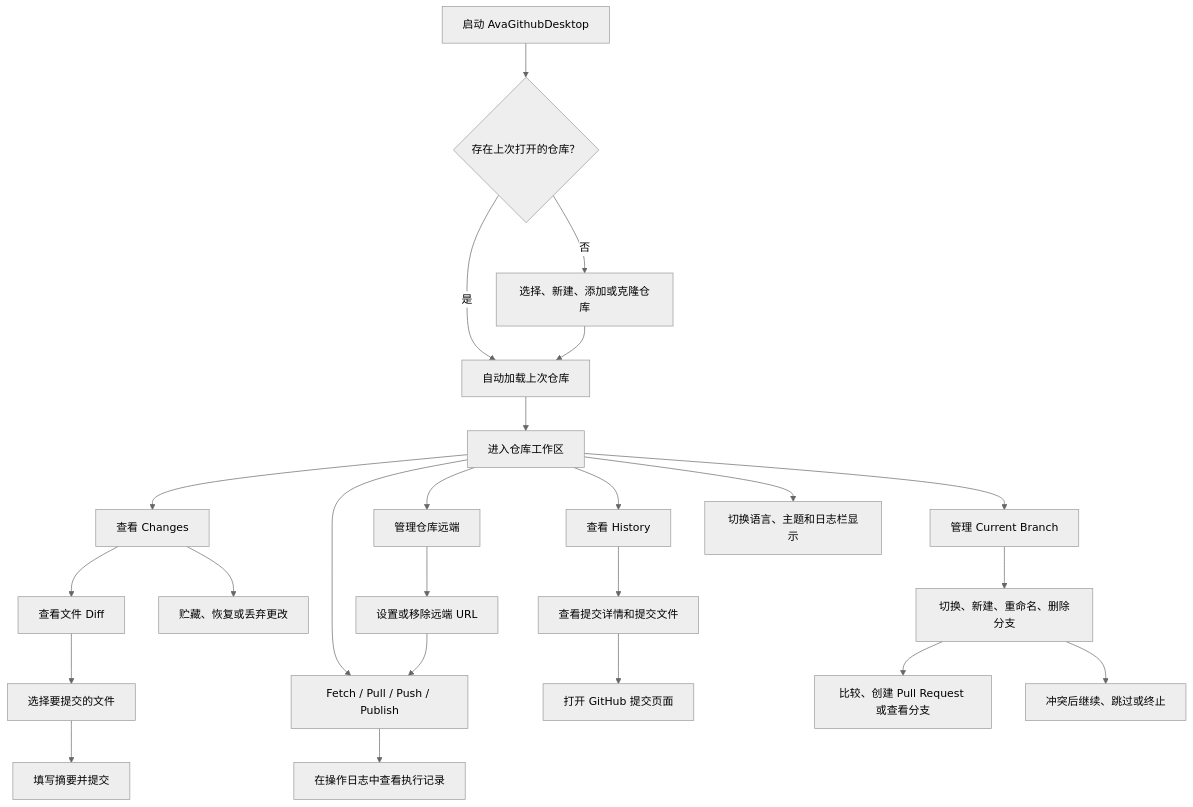
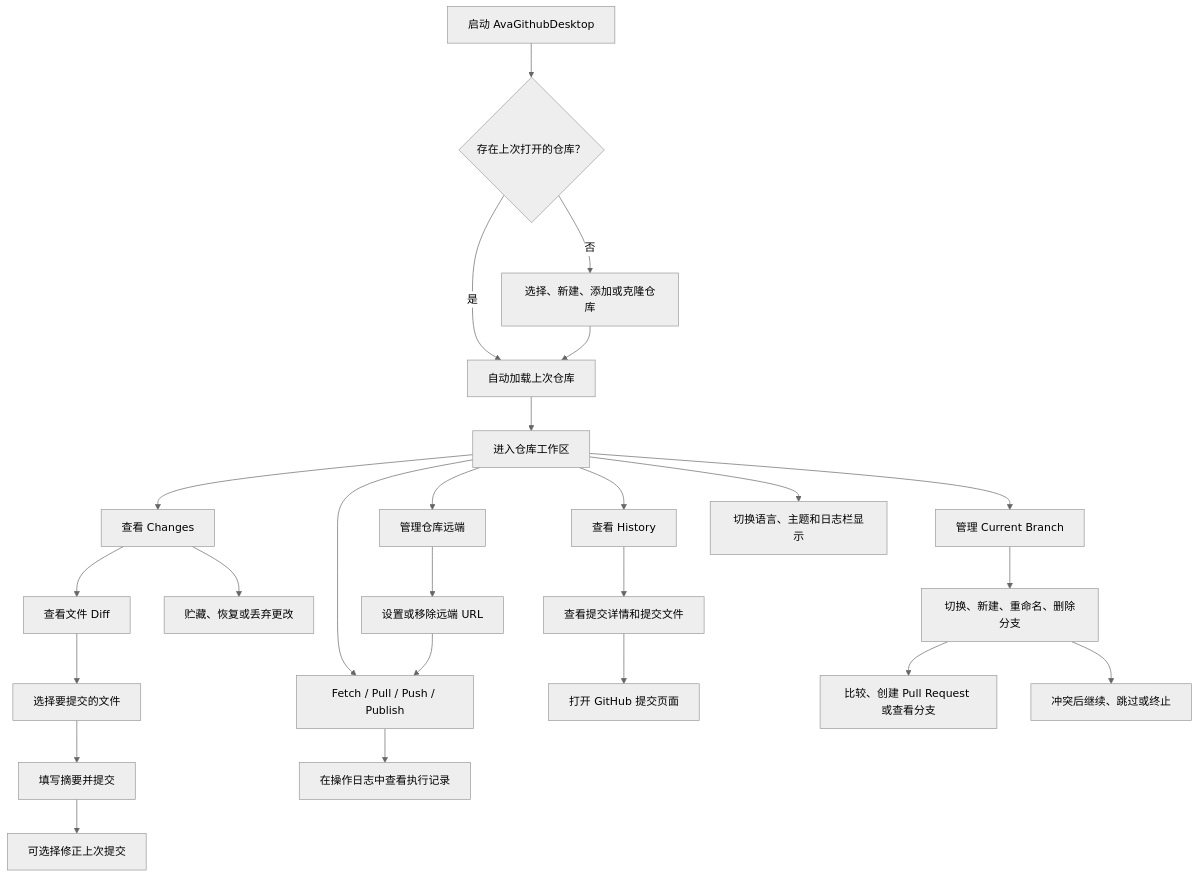
The diagram in docs/AvaGithubDesktop需求文档.md (dotnet9/AvaGithubDesktop), drawn with Mermaid (neutral theme) before and after one commit. The commit also changed other lines of this file and 11 other files, not shown here.

Commit message:
feat: add amend last commit option

````diff
--- a/docs/AvaGithubDesktop需求文档.md
+++ b/docs/AvaGithubDesktop需求文档.md
@@ -36,26 +37,27 @@
 ```mermaid
 flowchart TD
     Start["启动 AvaGithubDesktop"] --> Restore{"存在上次打开的仓库？"}
     Restore -->|是| LoadRepo["自动加载上次仓库"]
     Restore -->|否| PickRepo["选择、新建、添加或克隆仓库"]
     PickRepo --> LoadRepo
     LoadRepo --> Workspace["进入仓库工作区"]
     Workspace --> Changes["查看 Changes"]
     Workspace --> History["查看 History"]
     Workspace --> Branch["管理 Current Branch"]
     Workspace --> Remote["管理仓库远端"]
     Workspace --> Sync["Fetch / Pull / Push / Publish"]
     Changes --> ReviewDiff["查看文件 Diff"]
     ReviewDiff --> SelectFiles["选择要提交的文件"]
     SelectFiles --> Commit["填写摘要并提交"]
+    Commit --> Amend["可选择修正上次提交"]
     Changes --> Stash["贮藏、恢复或丢弃更改"]
     History --> CommitDetail["查看提交详情和提交文件"]
     CommitDetail --> OpenCommit["打开 GitHub 提交页面"]
     Branch --> BranchOps["切换、新建、重命名、删除分支"]
     BranchOps --> BranchGitHub["比较、创建 Pull Request 或查看分支"]
     BranchOps --> ConflictOps["冲突后继续、跳过或终止"]
     Remote --> RemoteOps["设置或移除远端 URL"]
     RemoteOps --> Sync
     Sync --> OperationLog["在操作日志中查看执行记录"]
     Workspace --> Settings["切换语言、主题和日志栏显示"]
 ```
````
